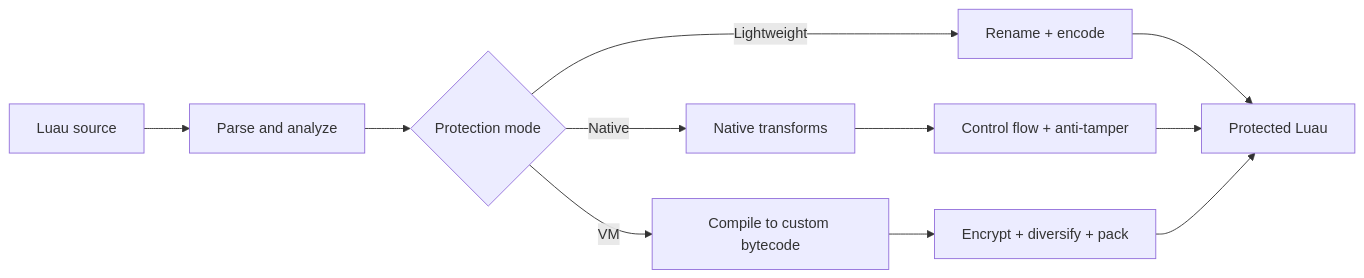
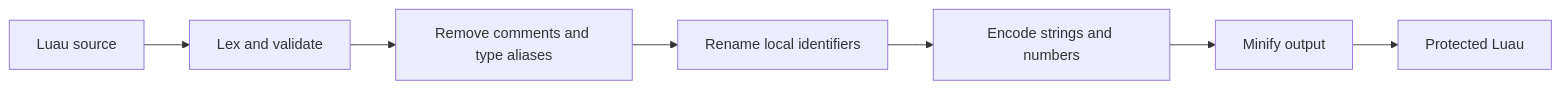
One commit to linkoro57/RealObfuscator changed the diagram in README.md. Above: the diagram before and after it, drawn with Mermaid. The commit also changed other lines of this file and 50 other files, not shown here.

````diff
--- a/README.md
+++ b/README.md
@@ -73,13 +70,9 @@
 ```mermaid
 flowchart LR
-    A[Luau source] --> B[Parse and analyze]
-    B --> C{Protection mode}
-    C -->|Lightweight| D[Rename + encode]
-    C -->|Native| E[Native transforms]
-    C -->|VM| F[Compile to custom bytecode]
-    E --> G[Control flow + anti-tamper]
-    F --> H[Encrypt + diversify + pack]
-    D --> I[Protected Luau]
-    G --> I
-    H --> I
+    A[Luau source] --> B[Lex and validate]
+    B --> C[Remove comments and type aliases]
+    C --> D[Rename local identifiers]
+    D --> E[Encode strings and numbers]
+    E --> F[Minify output]
+    F --> G[Protected Luau]
 ```
````
